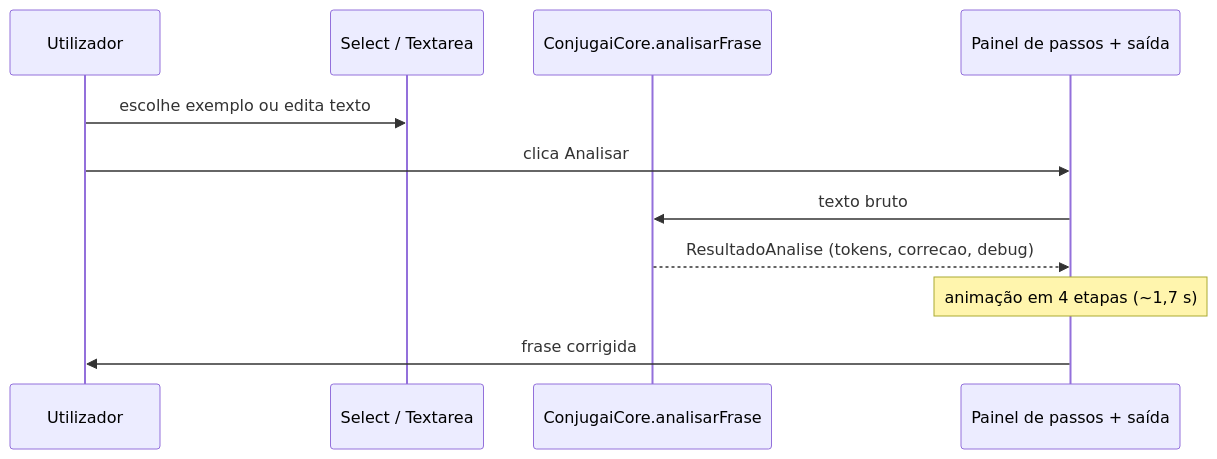
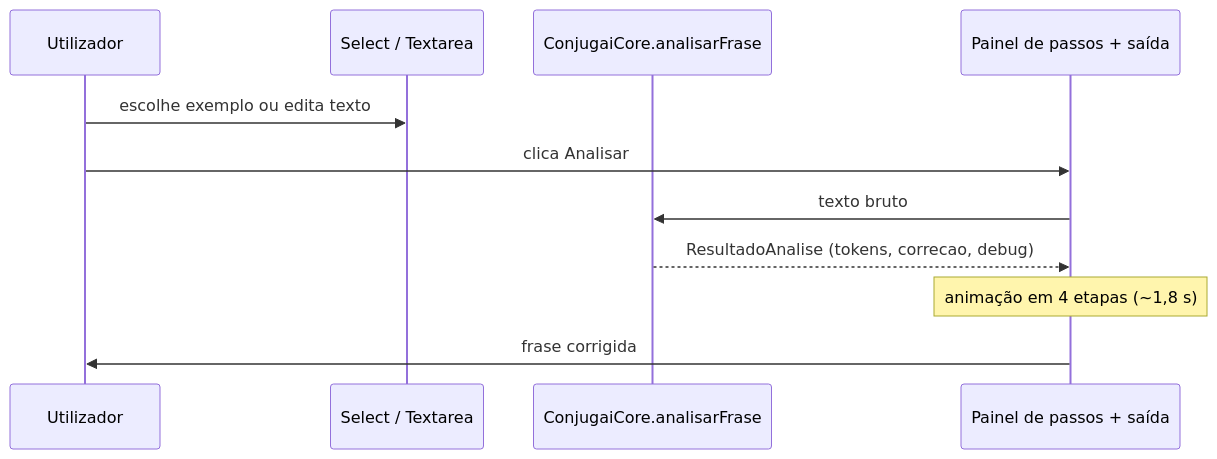
One commit to aac-ai-lab/conjug.ai changed the sixth of 6 diagrams in docs/diagrama.md. Above: the diagram before and after it, drawn with Mermaid. The commit also changed other lines of this file and 5 other files, not shown here.

First line of the commit message:
Atualiza diagramas e documentação para maior clareza

````diff
--- a/docs/diagrama.md
+++ b/docs/diagrama.md
@@ -111,14 +115,14 @@
 ```mermaid
 sequenceDiagram
   participant U as Utilizador
   participant S as Select / Textarea
   participant C as ConjugaiCore.analisarFrase
   participant UI as Painel de passos + saída
 
   U->>S: escolhe exemplo ou edita texto
   U->>UI: clica Analisar
   UI->>C: texto bruto
   C-->>UI: ResultadoAnalise (tokens, correcao, debug)
-  Note over UI: animação em 4 etapas (~1,7 s)
+  Note over UI: animação em 4 etapas (~1,8 s)
   UI->>U: frase corrigida
 ```
````
